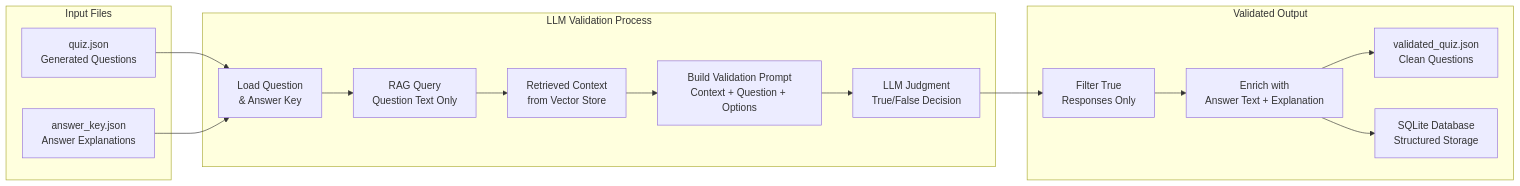
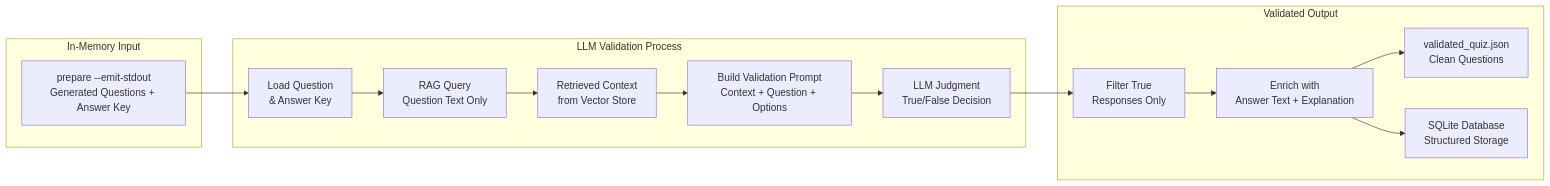
One commit to brandon-benge/Quiz-Project changed the second of 3 diagrams in README.md. Above: the diagram before and after it, drawn with Mermaid. The commit also changed other lines of this file and 9 other files, not shown here.

First line of the commit message:
feat: make prepare→validate the primary workflow; enforce text-only answers; sanitize validation context; fix validator template order and prompt rendering

````diff
--- a/README.md
+++ b/README.md
@@ -108,33 +110,31 @@
 ```mermaid
 flowchart LR
-    subgraph Input["Input Files"]
-        QUIZ[quiz.json<br/>Generated Questions]
-        ANSWERS[answer_key.json<br/>Answer Explanations]
+    subgraph Input["In-Memory Input"]
+        PREPARE[prepare --emit-stdout<br/>Generated Questions + Answer Key]
     end
 
     subgraph Validation["LLM Validation Process"]
         LOAD[Load Question<br/>& Answer Key]
         RAG_Q[RAG Query<br/>Question Text Only]
         CONTEXT[Retrieved Context<br/>from Vector Store]
         PROMPT[Build Validation Prompt<br/>Context + Question + Options]
         LLM_JUDGE[LLM Judgment<br/>True/False Decision]
     end
 
     subgraph Output["Validated Output"]
         FILTER[Filter True<br/>Responses Only]
         ENRICH[Enrich with<br/>Answer Text + Explanation]
         JSON_OUT[validated_quiz.json<br/>Clean Questions]
         DB_OUT[SQLite Database<br/>Structured Storage]
     end
 
-    QUIZ --> LOAD
-    ANSWERS --> LOAD
+    PREPARE --> LOAD
     LOAD --> RAG_Q
     RAG_Q --> CONTEXT
     CONTEXT --> PROMPT
     PROMPT --> LLM_JUDGE
     LLM_JUDGE --> FILTER
     FILTER --> ENRICH
     ENRICH --> JSON_OUT
     ENRICH --> DB_OUT
 ```
````
